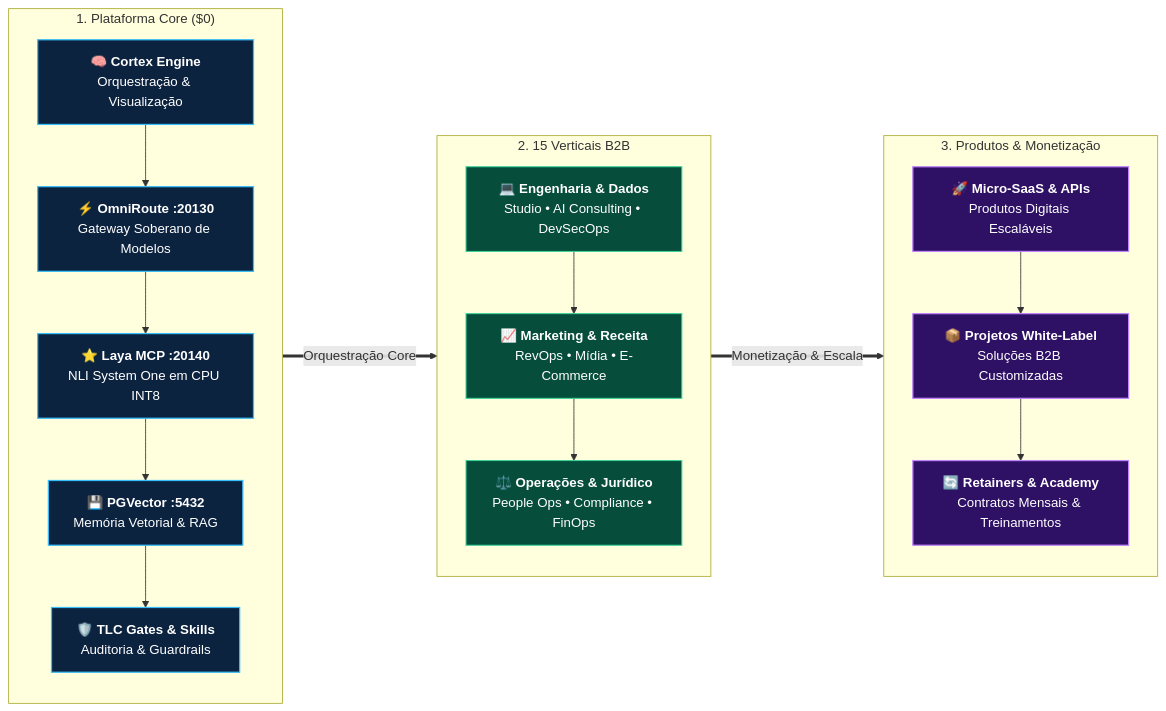
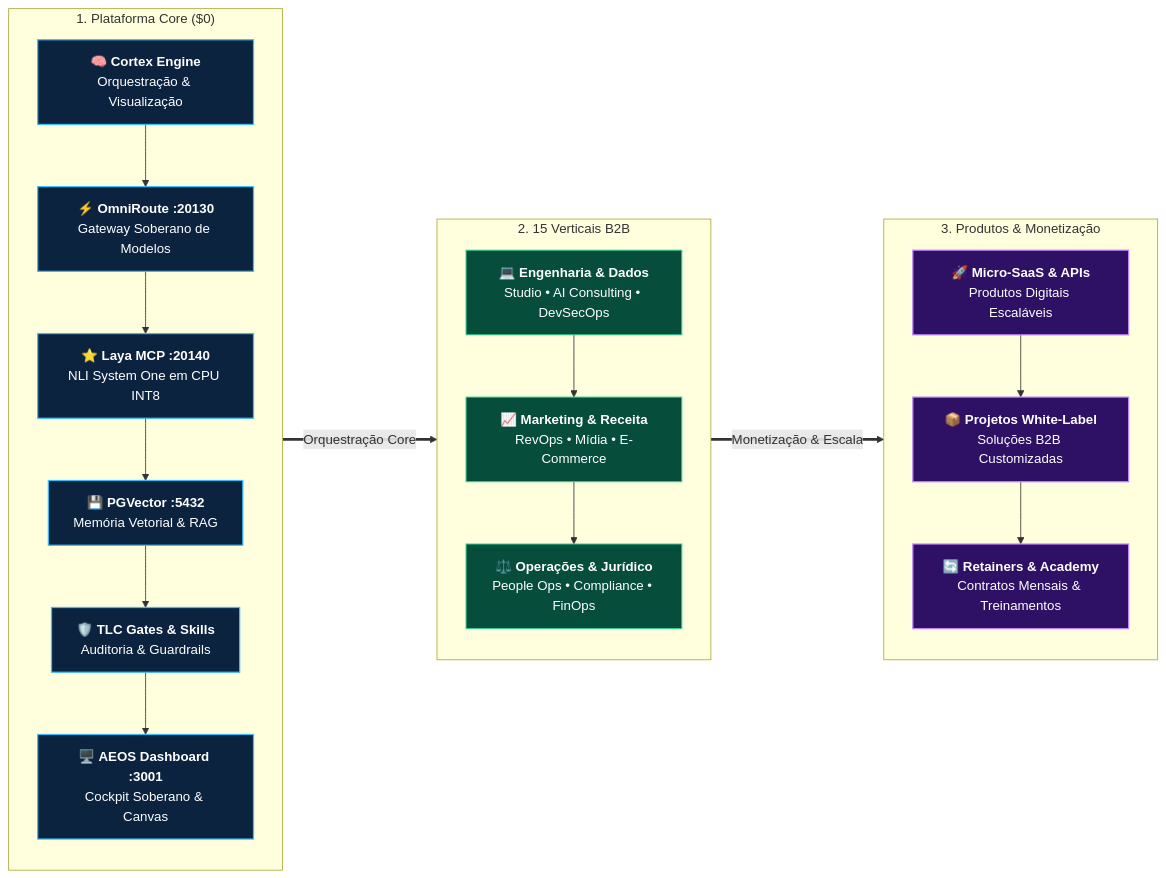
The first of 4 diagrams in README.md (EnterDufter/PromptCoreLabs_AEOS), drawn with Mermaid before and after one commit. The commit also changed other lines of this file and 206 other files, not shown here.

First line of the commit message:
feat(aeos): unificar dashboard v3.5, motor cognitivo hibrido e consolidacao documental

````diff
--- a/README.md
+++ b/README.md
@@ -66,35 +66,36 @@
 ```mermaid
 flowchart LR
     classDef platform fill:#0c2340,stroke:#38bdf8,stroke-width:1.5px,color:#ffffff;
     classDef verticals fill:#064e3b,stroke:#34d399,stroke-width:1.2px,color:#ffffff;
     classDef products fill:#2e1065,stroke:#c084fc,stroke-width:1.5px,color:#ffffff;
 
     subgraph Camada1 ["1. Plataforma Core ($0)"]
         direction TB
         P1["🧠 <b>Cortex Engine</b><br/>Orquestração & Visualização"]:::platform
         P2["⚡ <b>OmniRoute :20130</b><br/>Gateway Soberano de Modelos"]:::platform
         P3["⭐ <b>Laya MCP :20140</b><br/>NLI System One em CPU INT8"]:::platform
         P4["💾 <b>PGVector :5432</b><br/>Memória Vetorial & RAG"]:::platform
         P5["🛡️ <b>TLC Gates & Skills</b><br/>Auditoria & Guardrails"]:::platform
-        P1 --> P2 --> P3 --> P4 --> P5
+        P6["🖥️ <b>AEOS Dashboard :3001</b><br/>Cockpit Soberano & Canvas"]:::platform
+        P1 --> P2 --> P3 --> P4 --> P5 --> P6
     end
 
     subgraph Camada2 ["2. 15 Verticais B2B"]
         direction TB
         V1["💻 <b>Engenharia & Dados</b><br/>Studio • AI Consulting • DevSecOps"]:::verticals
         V2["📈 <b>Marketing & Receita</b><br/>RevOps • Mídia • E-Commerce"]:::verticals
         V3["⚖️ <b>Operações & Jurídico</b><br/>People Ops • Compliance • FinOps"]:::verticals
         V1 --> V2 --> V3
     end
 
     subgraph Camada3 ["3. Produtos & Monetização"]
         direction TB
         M1["🚀 <b>Micro-SaaS & APIs</b><br/>Produtos Digitais Escaláveis"]:::products
         M2["📦 <b>Projetos White-Label</b><br/>Soluções B2B Customizadas"]:::products
         M3["🔄 <b>Retainers & Academy</b><br/>Contratos Mensais & Treinamentos"]:::products
         M1 --> M2 --> M3
     end
 
     Camada1 ==>|"Orquestração Core"| Camada2
     Camada2 ==>|"Monetização & Escala"| Camada3
 ```
````
